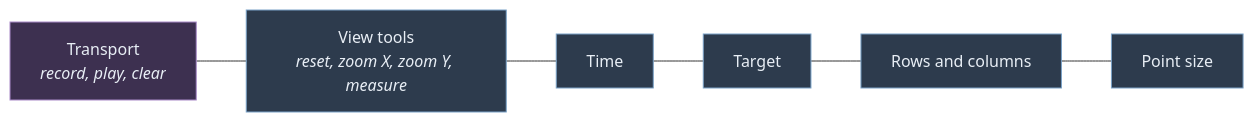
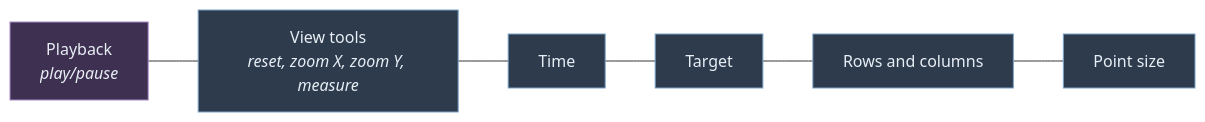
The first of 2 diagrams in src/ui/ResponsiveToolBar.md (fabstr/voicevis), drawn with Mermaid before and after one commit. The commit also changed other lines of this file and 11 other files, not shown here.

````diff
--- a/src/ui/ResponsiveToolBar.md
+++ b/src/ui/ResponsiveToolBar.md
@@ -8,16 +8,16 @@
 ```mermaid
 graph LR
-    T["Transport<br/><i>record, play, clear</i>"]
+    T["Playback<br/><i>play/pause</i>"]
     V["View tools<br/><i>reset, zoom X, zoom Y, measure</i>"]
     TI["Time"]
     TG["Target"]
     G["Rows and columns"]
     P["Point size"]
 
     T --- V --- TI --- TG --- G --- P
 
     classDef fixed fill:#3d3050,stroke:#a98ac8,color:#e8eef5
     classDef fold fill:#2d3b4d,stroke:#7aa2c8,color:#e8eef5
     class T fixed
     class V,TI,TG,G,P fold
 ```
````
